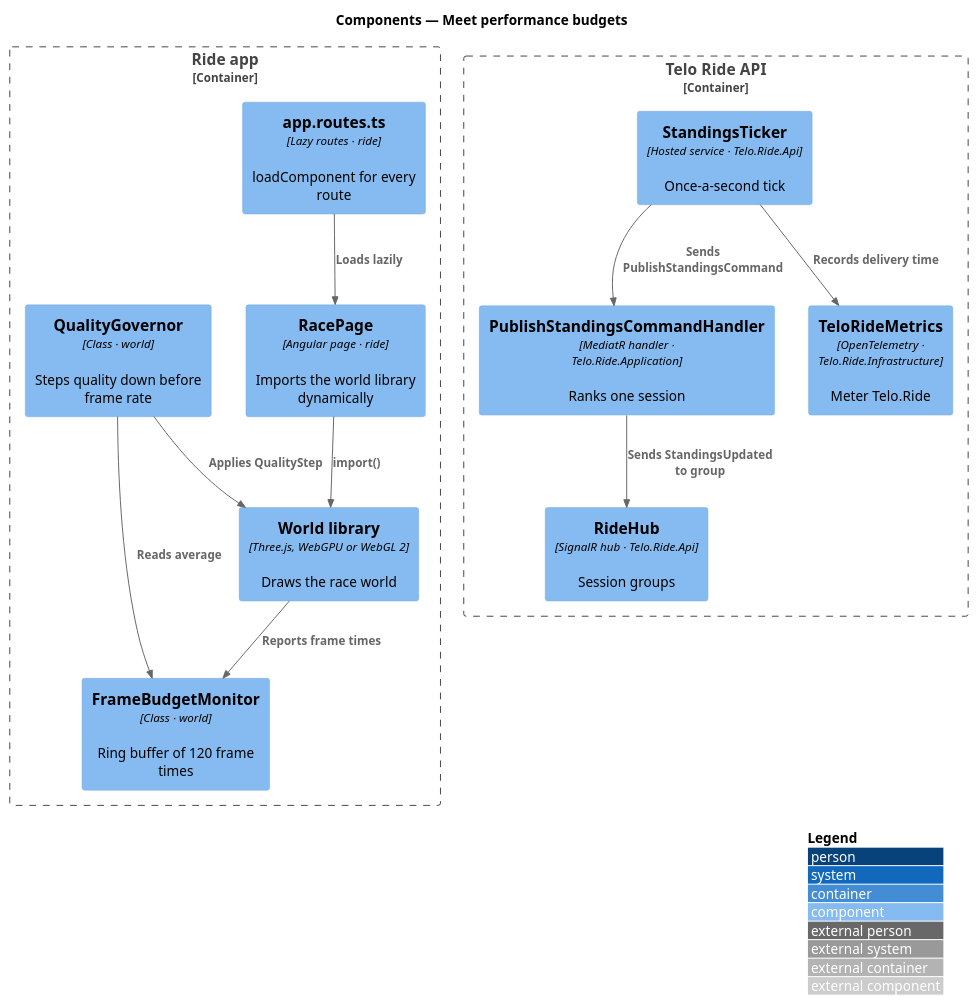
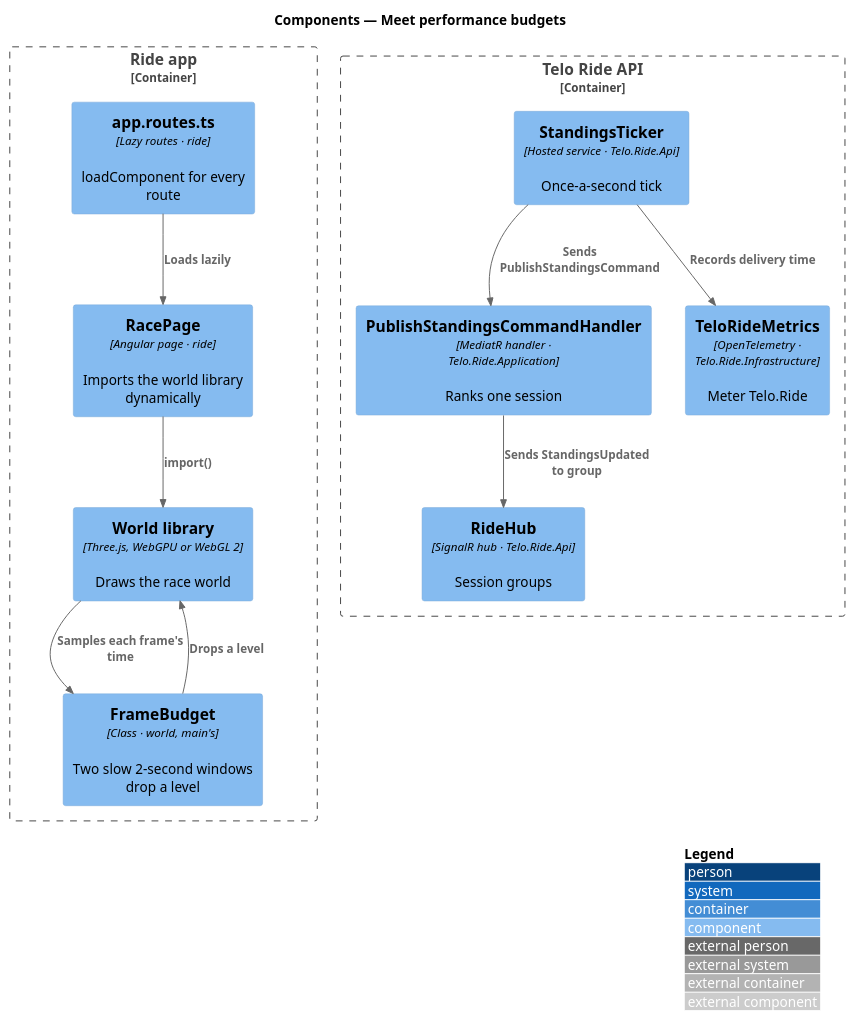
Before and after one commit to QuinntyneBrown/ride-one: the diagram in docs/detailed-designs/performance/meet-performance-budgets/diagrams/c4-component.puml, drawn with PlantUML. The commit also changed 7 other files, not shown here.

Commit message:
Step down as main's frame budget does, in the performance design and L2-159

```diff
--- a/docs/detailed-designs/performance/meet-performance-budgets/diagrams/c4-component.puml
+++ b/docs/detailed-designs/performance/meet-performance-budgets/diagrams/c4-component.puml
@@ -1,27 +1,25 @@
 @startuml
 !include <C4/C4_Component>
 LAYOUT_WITH_LEGEND()
 title Components — Meet performance budgets
 
 Container_Boundary(app, "Ride app") {
   Component(routes, "app.routes.ts", "Lazy routes · ride", "loadComponent for every route")
   Component(race, "RacePage", "Angular page · ride", "Imports the world library dynamically")
   Component(world, "World library", "Three.js, WebGPU or WebGL 2", "Draws the race world")
-  Component(monitor, "FrameBudgetMonitor", "Class · world", "Ring buffer of 120 frame times")
-  Component(governor, "QualityGovernor", "Class · world", "Steps quality down before frame rate")
+  Component(budget, "FrameBudget", "Class · world, main's", "Two slow 2-second windows drop a level")
 }
 Container_Boundary(api, "Telo Ride API") {
   Component(ticker, "StandingsTicker", "Hosted service · Telo.Ride.Api", "Once-a-second tick")
   Component(handler, "PublishStandingsCommandHandler", "MediatR handler · Telo.Ride.Application", "Ranks one session")
   Component(hub, "RideHub", "SignalR hub · Telo.Ride.Api", "Session groups")
   Component(metrics, "TeloRideMetrics", "OpenTelemetry · Telo.Ride.Infrastructure", "Meter Telo.Ride")
 }
 Rel(routes, race, "Loads lazily")
 Rel(race, world, "import()")
-Rel(world, monitor, "Reports frame times")
-Rel(governor, monitor, "Reads average")
-Rel(governor, world, "Applies QualityStep")
+Rel(world, budget, "Samples each frame's time")
+Rel(budget, world, "Drops a level")
 Rel(ticker, handler, "Sends PublishStandingsCommand")
 Rel(handler, hub, "Sends StandingsUpdated to group")
 Rel(ticker, metrics, "Records delivery time")
 @enduml
```
